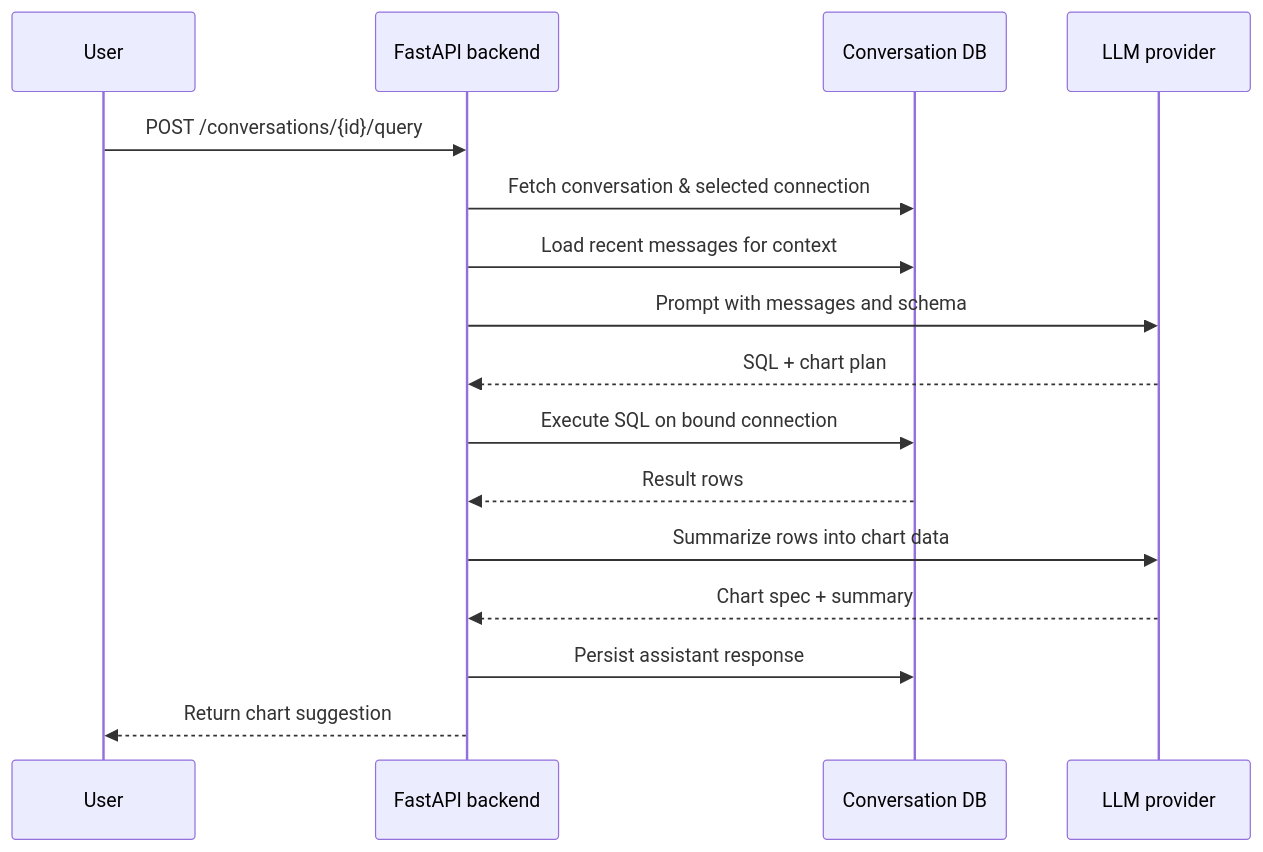
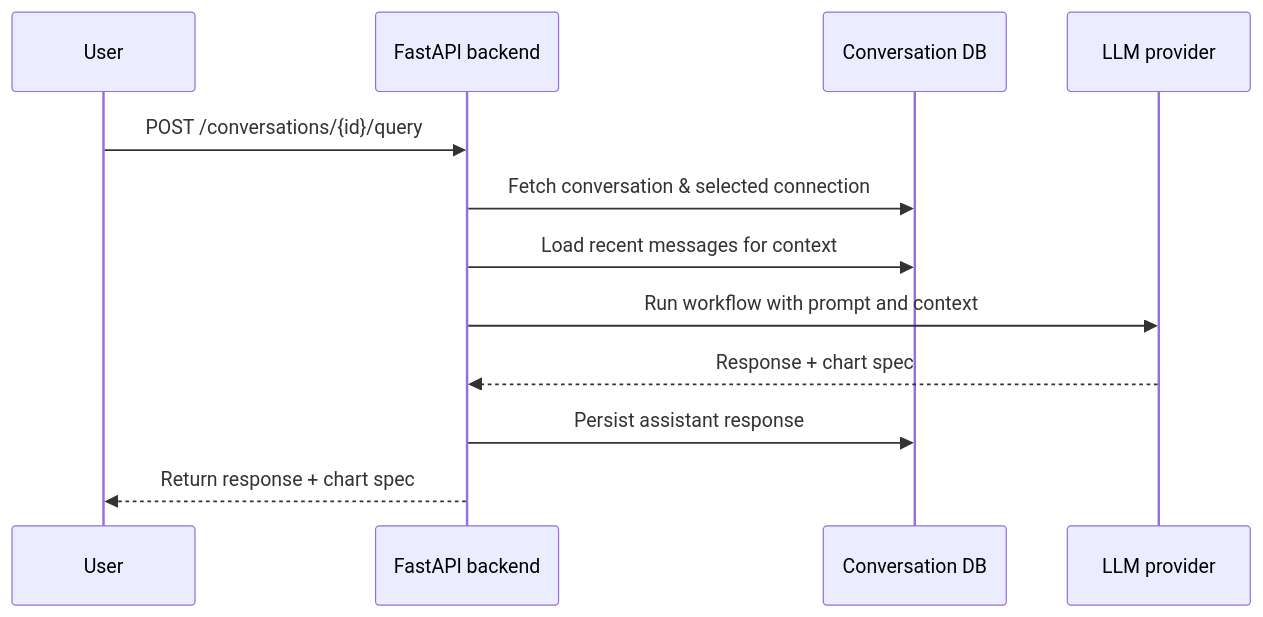
One commit to benjyongzh/llm-data-analyst changed the second of 4 diagrams in README.md. Above: the diagram before and after it, drawn with Mermaid. The commit also changed other lines of this file and 2 other files, not shown here.

Commit message:
Use workflow for conversation queries

````diff
--- a/README.md
+++ b/README.md
@@ -94,19 +95,15 @@
 ```mermaid
 sequenceDiagram
     participant U as User
     participant API as FastAPI backend
     participant DB as Conversation DB
     participant LLM as LLM provider
 
     U->>API: POST /conversations/{id}/query
     API->>DB: Fetch conversation & selected connection
     API->>DB: Load recent messages for context
-    API->>LLM: Prompt with messages and schema
-    LLM-->>API: SQL + chart plan
-    API->>DB: Execute SQL on bound connection
-    DB-->>API: Result rows
-    API->>LLM: Summarize rows into chart data
-    LLM-->>API: Chart spec + summary
+    API->>LLM: Run workflow with prompt and context
+    LLM-->>API: Response + chart spec
     API->>DB: Persist assistant response
-    API-->>U: Return chart suggestion
+    API-->>U: Return response + chart spec
 ```
````
